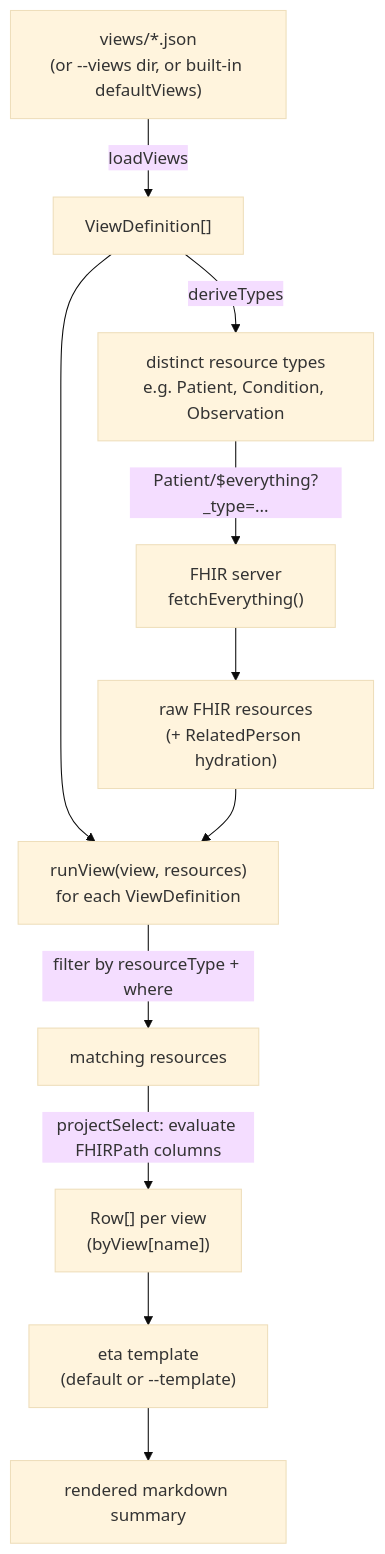
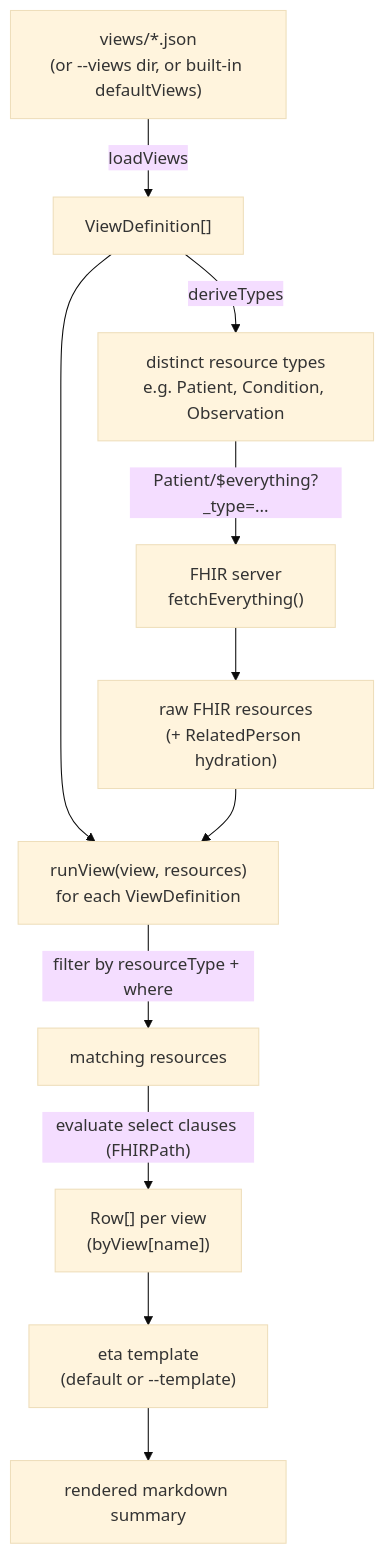
Before and after one commit to recodelabs/tokempic: the diagram in viewdef.md, drawn with Mermaid (base theme). The commit also changed other lines of this file and 45 other files, not shown here.

````diff
--- a/viewdef.md
+++ b/viewdef.md
@@ -67,13 +70,13 @@
 ```mermaid
 flowchart TD
     A["views/*.json\n(or --views dir, or built-in defaultViews)"] -->|loadViews| B["ViewDefinition[]"]
     B -->|deriveTypes| C["distinct resource types\ne.g. Patient, Condition, Observation"]
     C -->|"Patient/$everything?_type=..."| D["FHIR server\nfetchEverything()"]
     D --> E["raw FHIR resources\n(+ RelatedPerson hydration)"]
     B --> F
     E --> F["runView(view, resources)\nfor each ViewDefinition"]
     F -->|"filter by resourceType + where"| G["matching resources"]
-    G -->|"projectSelect: evaluate FHIRPath columns"| H["Row[] per view\n(byView[name])"]
+    G -->|"evaluate select clauses (FHIRPath)"| H["Row[] per view\n(byView[name])"]
     H --> I["eta template\n(default or --template)"]
     I --> J["rendered markdown summary"]
 ```
````
